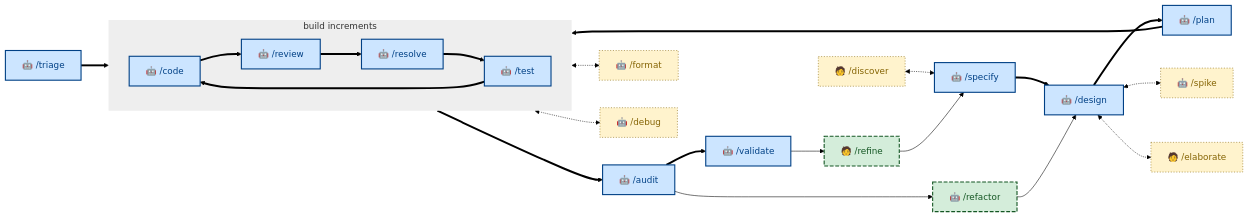
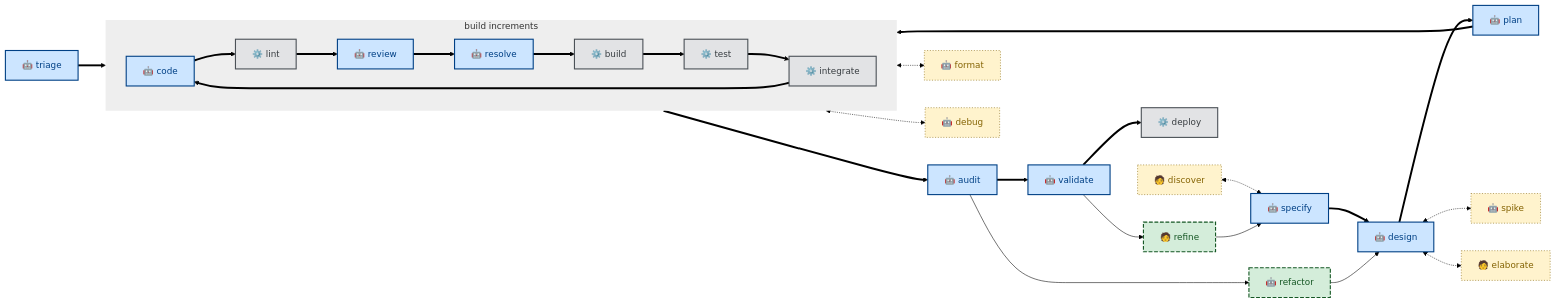
The diagram in README.md (kieranpotts/skills), drawn with Mermaid (forest theme) before and after one commit. The commit also changed other lines of this file and 1 other file, not shown here.

Commit message:
chore: rewrite design notes - WIP

````diff
--- a/README.md
+++ b/README.md
@@ -28,58 +34,67 @@
 ```mermaid
 flowchart LR
   %% Node labels and classes (declared up front so they hold inside and outside the subgraph).
-  discover["🧑 /discover"]:::tertiary
-  specify["🤖 /specify"]:::primary
-  design["🤖 /design"]:::primary
-  triage["🤖 /triage"]:::primary
-  plan["🤖 /plan"]:::primary
-  code["🤖 /code"]:::primary
-  review["🤖 /review"]:::primary
-  resolve["🤖 /resolve"]:::primary
-  test["🤖 /test"]:::primary
-  audit["🤖 /audit"]:::primary
-  validate["🤖 /validate"]:::primary
-  spike["🤖 /spike"]:::tertiary
-  elaborate["🧑 /elaborate"]:::tertiary
-  format["🤖 /format"]:::tertiary
-  debug["🤖 /debug"]:::tertiary
-  refactor["🤖 /refactor"]:::secondary
-  refine["🧑 /refine"]:::secondary
+  discover["🧑 discover"]:::tertiary
+  specify["🤖 specify"]:::primary
+  design["🤖 design"]:::primary
+  triage["🤖 triage"]:::primary
+  plan["🤖 plan"]:::primary
+  code["🤖 code"]:::primary
+  review["🤖 review"]:::primary
+  resolve["🤖 resolve"]:::primary
+  lint["⚙️ lint"]:::scripted
+  build["⚙️ build"]:::scripted
+  test["⚙️ test"]:::scripted
+  integrate["⚙️ integrate"]:::scripted
+  audit["🤖 audit"]:::primary
+  validate["🤖 validate"]:::primary
+  deploy["⚙️ deploy"]:::scripted
+  spike["🤖 spike"]:::tertiary
+  elaborate["🧑 elaborate"]:::tertiary
+  format["🤖 format"]:::tertiary
+  debug["🤖 debug"]:::tertiary
+  refactor["🤖 refactor"]:::secondary
+  refine["🧑 refine"]:::secondary
 
   %% Main workflow sequence.
   specify ==> design
   design ==> plan
   triage ==> code
   plan ==> code
   subgraph build_increments [build increments]
     direction LR
-    code ==> review
+    code ==> lint
+    lint ==> review
     review ==> resolve
-    resolve ==> test
-    test ==> code
+    resolve ==> build
+    build ==> test
+    test ==> integrate
+    integrate ==> code
   end
-  test ==> audit
+  integrate ==> audit
   audit ==> validate
+  validate ==> deploy
 
   %% Callouts to helpers.
   discover <-.-> specify
   design <-.-> spike
   design <-.-> elaborate
   code <-.-> format
   test <-.-> debug
 
   %% Feedback loops.
   audit --> refactor
   refactor --> design
   validate --> refine
   refine --> specify
 
   %% Class definitions.
   classDef primary fill:#cce5ff,stroke:#004085,color:#004085,stroke-width:2px
   classDef secondary fill:#d4edda,stroke:#155724,color:#155724,stroke-width:2px,stroke-dasharray:7 3
   classDef tertiary fill:#fff3cd,stroke:#856404,color:#856404,stroke-width:1px,stroke-dasharray:2 3
+  classDef scripted fill:#e2e3e5,stroke:#4b5157,color:#383d41,stroke-width:2px
   %% classDef reactive fill:#f8d7da,stroke:#721c24,color:#721c24,stroke-width:2px
 
   %% Subgraph (loop) border styling.
   style build_increments fill:#EEEEEE,stroke-width:0px
 ```
````
